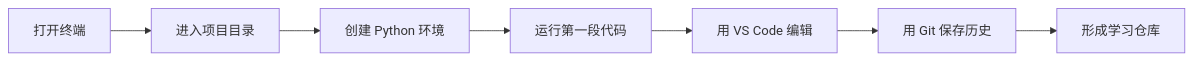
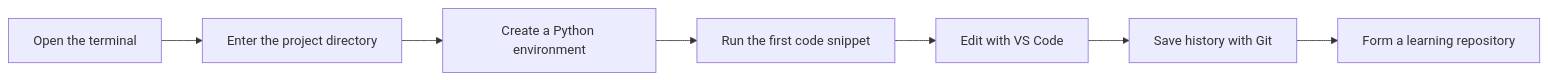
The first of 2 diagrams in docs/ch01-tools/index.md (oudbiao/AI-fullstack-course), drawn with Mermaid before and after one commit. The commit also changed other lines of this file and 1406 other files, not shown here.

````diff
--- a/docs/ch01-tools/index.md
+++ b/docs/ch01-tools/index.md
@@ -20,9 +20,9 @@
 ```mermaid
 flowchart LR
-  A[打开终端] --> B[进入项目目录]
-  B --> C[创建 Python 环境]
-  C --> D[运行第一段代码]
-  D --> E[用 VS Code 编辑]
-  E --> F[用 Git 保存历史]
-  F --> G[形成学习仓库]
+  A[Open the terminal] --> B[Enter the project directory]
+  B --> C[Create a Python environment]
+  C --> D[Run the first code snippet]
+  D --> E[Edit with VS Code]
+  E --> F[Save history with Git]
+  F --> G[Form a learning repository]
 ```
````
